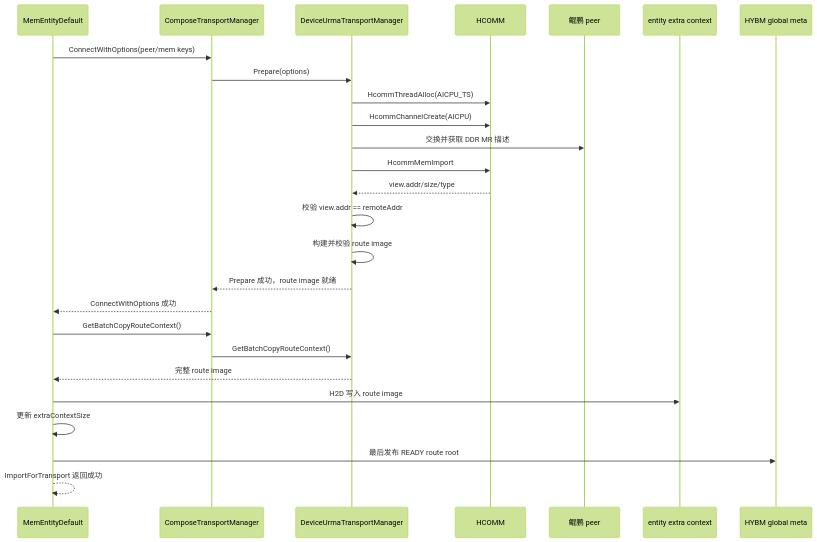
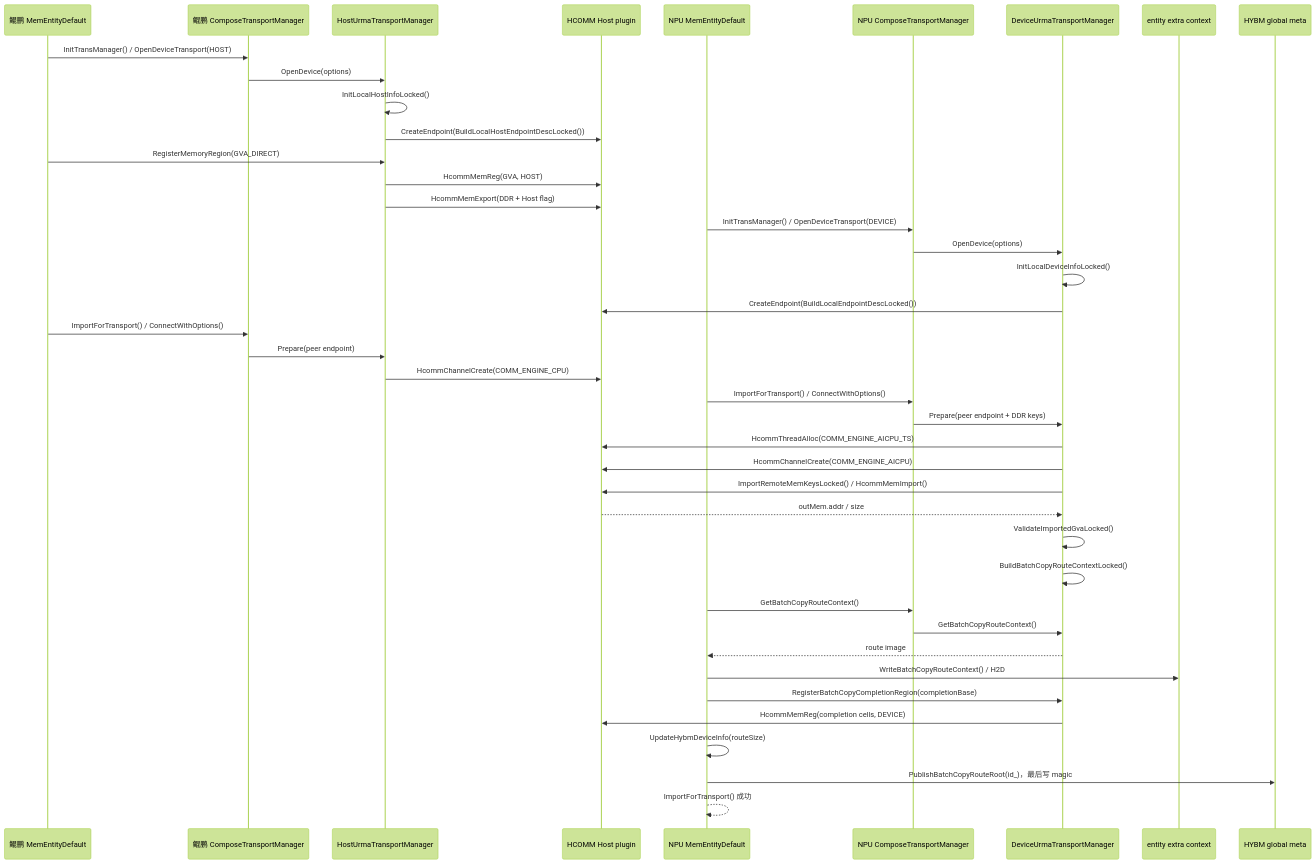
Before and after one commit to NoCoder0/memfabric_hybrid: the third of 4 diagrams in doc/batch_copy_aicpu_urma_design.md, drawn with Mermaid (forest theme). The commit also changed other lines of this file and 1 other file, not shown here.

````diff
--- a/doc/batch_copy_aicpu_urma_design.md
+++ b/doc/batch_copy_aicpu_urma_design.md
@@ -282,29 +328,47 @@
 ```mermaid
 sequenceDiagram
-    participant E as MemEntityDefault
-    participant C as ComposeTransportManager
-    participant M as DeviceUrmaTransportManager
-    participant H as HCOMM
-    participant R as 鲲鹏 peer
+    participant CE as 鲲鹏 MemEntityDefault
+    participant CC as 鲲鹏 ComposeTransportManager
+    participant HM as HostUrmaTransportManager
+    participant H as HCOMM Host plugin
+    participant NE as NPU MemEntityDefault
+    participant NC as NPU ComposeTransportManager
+    participant DM as DeviceUrmaTransportManager
     participant X as entity extra context
     participant G as HYBM global meta
 
-    E->>C: ConnectWithOptions(peer/mem keys)
-    C->>M: Prepare(options)
-    M->>H: HcommThreadAlloc(AICPU_TS)
-    M->>H: HcommChannelCreate(AICPU)
-    M->>R: 交换并获取 DDR MR 描述
-    M->>H: HcommMemImport
-    H-->>M: view.addr/size/type
-    M->>M: 校验 view.addr == remoteAddr
-    M->>M: 构建并校验 route image
-    M-->>C: Prepare 成功，route image 就绪
-    C-->>E: ConnectWithOptions 成功
-    E->>C: GetBatchCopyRouteContext()
-    C->>M: GetBatchCopyRouteContext()
-    M-->>E: 完整 route image
-    E->>X: H2D 写入 route image
-    E->>E: 更新 extraContextSize
-    E->>G: 最后发布 READY route root
-    E-->>E: ImportForTransport 返回成功
+    CE->>CC: InitTransManager() / OpenDeviceTransport(HOST)
+    CC->>HM: OpenDevice(options)
+    HM->>HM: InitLocalHostInfoLocked()
+    HM->>H: CreateEndpoint(BuildLocalHostEndpointDescLocked())
+    CE->>HM: RegisterMemoryRegion(GVA_DIRECT)
+    HM->>H: HcommMemReg(GVA, HOST)
+    HM->>H: HcommMemExport(DDR + Host flag)
+
+    NE->>NC: InitTransManager() / OpenDeviceTransport(DEVICE)
+    NC->>DM: OpenDevice(options)
+    DM->>DM: InitLocalDeviceInfoLocked()
+    DM->>H: CreateEndpoint(BuildLocalEndpointDescLocked())
+
+    CE->>CC: ImportForTransport() / ConnectWithOptions()
+    CC->>HM: Prepare(peer endpoint)
+    HM->>H: HcommChannelCreate(COMM_ENGINE_CPU)
+    NE->>NC: ImportForTransport() / ConnectWithOptions()
+    NC->>DM: Prepare(peer endpoint + DDR keys)
+    DM->>H: HcommThreadAlloc(COMM_ENGINE_AICPU_TS)
+    DM->>H: HcommChannelCreate(COMM_ENGINE_AICPU)
+    DM->>H: ImportRemoteMemKeysLocked() / HcommMemImport()
+    H-->>DM: outMem.addr / size
+    DM->>DM: ValidateImportedGvaLocked()
+    DM->>DM: BuildBatchCopyRouteContextLocked()
+
+    NE->>NC: GetBatchCopyRouteContext()
+    NC->>DM: GetBatchCopyRouteContext()
+    DM-->>NE: route image
+    NE->>X: WriteBatchCopyRouteContext() / H2D
+    NE->>DM: RegisterBatchCopyCompletionRegion(completionBase)
+    DM->>H: HcommMemReg(completion cells, DEVICE)
+    NE->>NE: UpdateHybmDeviceInfo(routeSize)
+    NE->>G: PublishBatchCopyRouteRoot(id_)，最后写 magic
+    NE-->>NE: ImportForTransport() 成功
 ```
````
